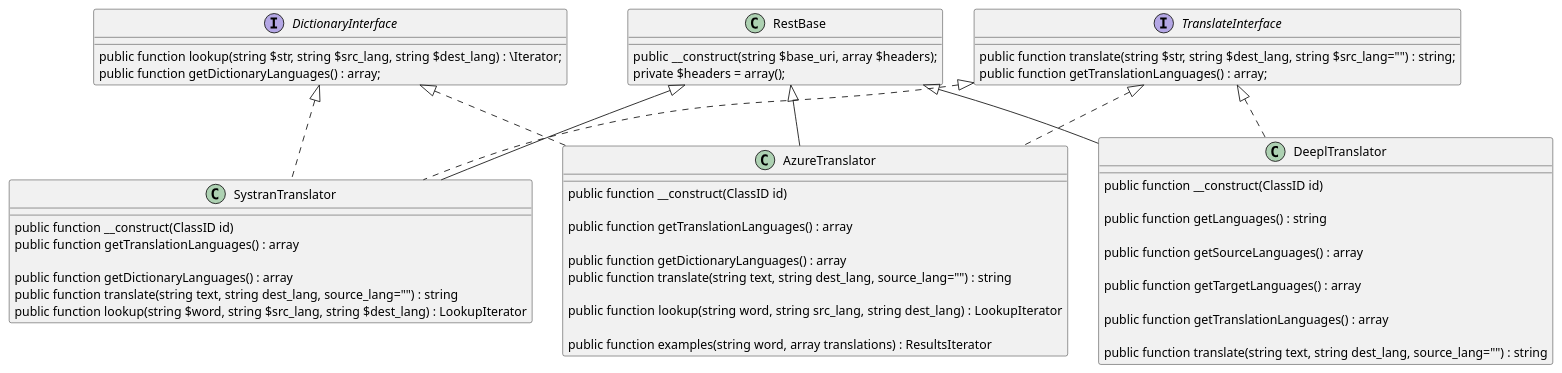
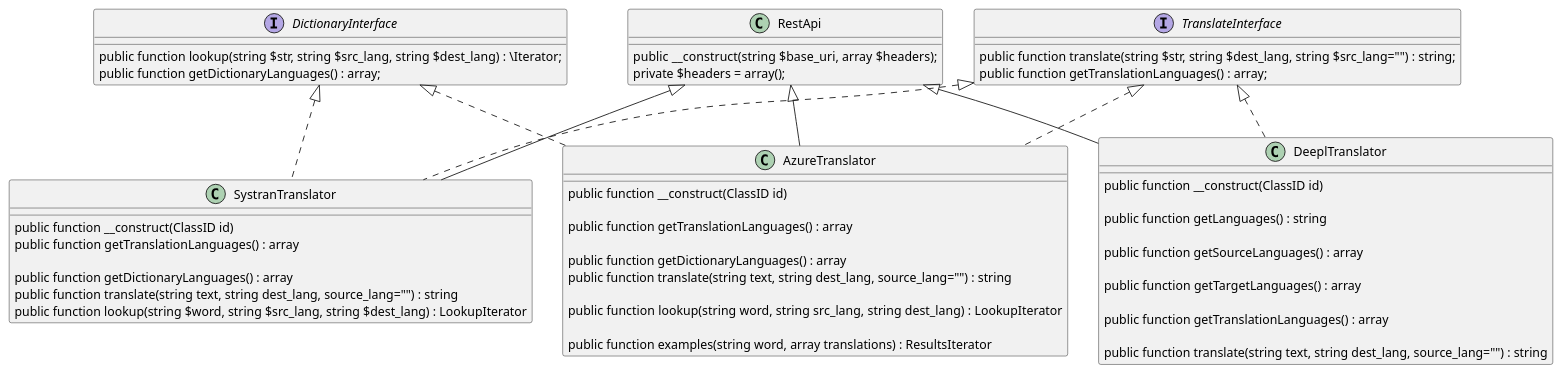
The diagram in plantuml/dict-trans-classes.puml (kurt-krueckeberg/language-translation-dictionary-lookup), drawn with PlantUML before and after one commit. The commit also changed 1 other file, not shown here.

```diff
--- a/plantuml/dict-trans-classes.puml
+++ b/plantuml/dict-trans-classes.puml
@@ -1,62 +1,62 @@
 interface TranslateInterface {
 
    public function translate(string $str, string $dest_lang, string $src_lang="") : string;
    public function getTranslationLanguages() : array;
 }
 
 interface DictionaryInterface {
    
    public function lookup(string $str, string $src_lang, string $dest_lang) : \Iterator; 
    public function getDictionaryLanguages() : array; 
 }
 
 
-class RestBase {
+class RestApi {
 
    public  __construct(string $base_uri, array $headers); 
   
    private $headers = array(); 
 }
 
-class AzureTranslator extends RestBase implements DictionaryInterface, TranslateInterface {
+class AzureTranslator extends RestApi implements DictionaryInterface, TranslateInterface {
    
     public function __construct(ClassID id)
    
     public function getTranslationLanguages() : array
 
     public function getDictionaryLanguages() : array 
     
     public function translate(string text, string dest_lang, source_lang="") : string 
    
    public function  lookup(string word, string src_lang, string dest_lang) : LookupIterator
 
    public function examples(string word, array translations) : ResultsIterator
 }
 
-class DeeplTranslator extends RestBase implements TranslateInterface {
+class DeeplTranslator extends RestApi implements TranslateInterface {
    
    public function __construct(ClassID id)
    
    public function getLanguages() : string
 
    public function getSourceLanguages() : array
 
    public function getTargetLanguages() : array
    
    public function getTranslationLanguages() : array
 
    public function translate(string text, string dest_lang, source_lang="") : string 
 }
 
-class SystranTranslator extends RestBase implements DictionaryInterface, TranslateInterface {
+class SystranTranslator extends RestApi implements DictionaryInterface, TranslateInterface {
 
    public function __construct(ClassID id)
    
    public function getTranslationLanguages() : array
 
    public function getDictionaryLanguages() : array 
     
    public function translate(string text, string dest_lang, source_lang="") : string 
    
    public function lookup(string $word, string $src_lang, string $dest_lang) : LookupIterator
 }
```
